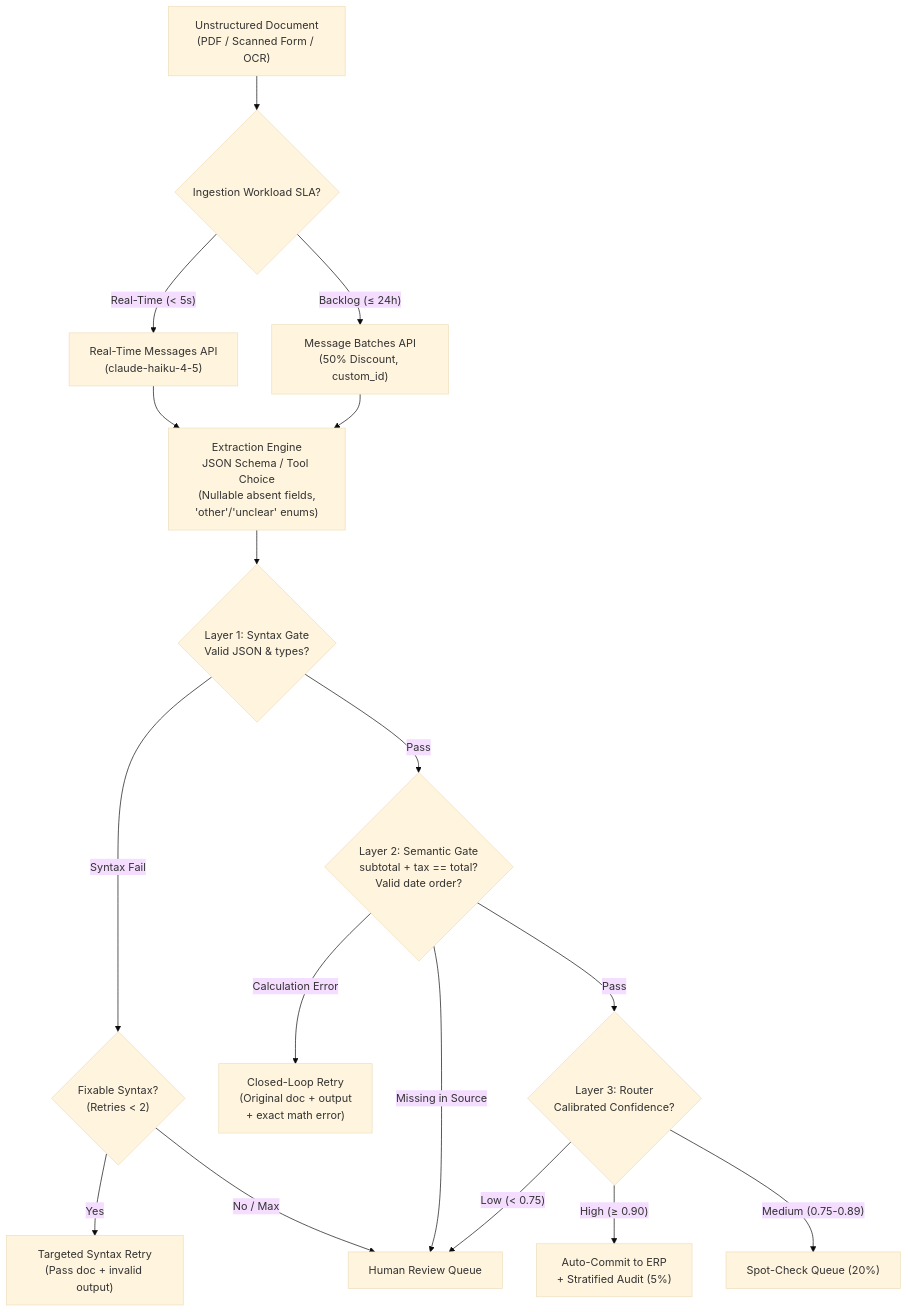
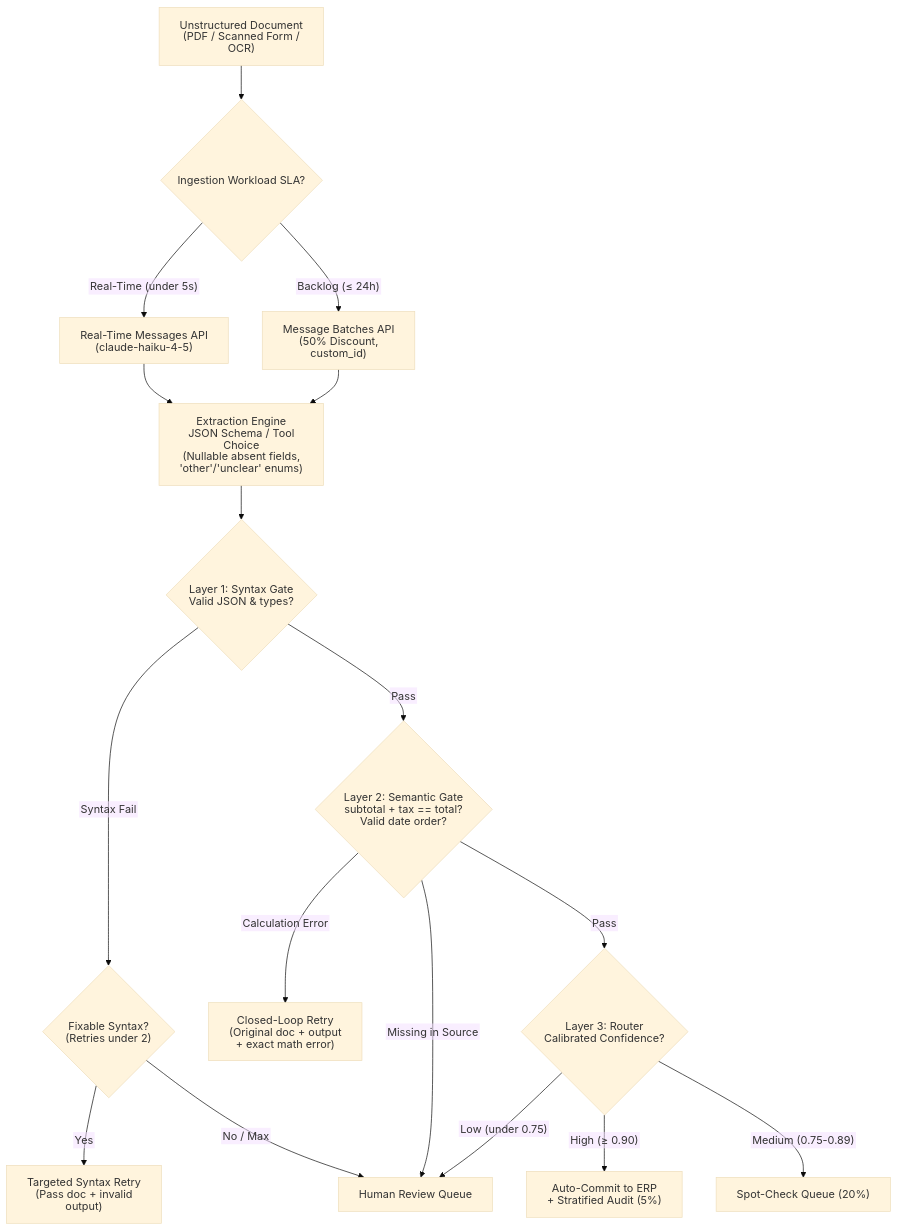
The first of 2 diagrams in scenarios/scenario_6_structured_data_extraction/SCENARIO_GUIDE.md (dip4k/claude_cert_architect_foundation_prep), drawn with Mermaid (base theme) before and after one commit. The commit also changed other lines of this file and 88 other files, not shown here.

First line of the commit message:
fix(mermaid): standardize GitHub Mermaid rendering across repo

````diff
--- a/scenarios/scenario_6_structured_data_extraction/SCENARIO_GUIDE.md
+++ b/scenarios/scenario_6_structured_data_extraction/SCENARIO_GUIDE.md
@@ -32,23 +32,27 @@
 ```mermaid
+---
+config:
+  htmlLabels: false
+---
 flowchart TD
     Doc["Unstructured Document<br>(PDF / Scanned Form / OCR)"] --> Router{"Ingestion Workload SLA?"}
 
-    Router -->|"Real-Time (< 5s)"| RT["Real-Time Messages API<br>(claude-haiku-4-5)"]
+    Router -->|"Real-Time (under 5s)"| RT["Real-Time Messages API<br>(claude-haiku-4-5)"]
     Router -->|"Backlog (≤ 24h)"| Batch["Message Batches API<br>(50% Discount, custom_id)"]
 
     RT & Batch --> Engine["Extraction Engine<br>JSON Schema / Tool Choice<br>(Nullable absent fields,<br>'other'/'unclear' enums)"]
 
     Engine --> Gate1{"Layer 1: Syntax Gate<br>Valid JSON & types?"}
-    Gate1 -->|"Syntax Fail"| FixSyntax{"Fixable Syntax?<br>(Retries < 2)"}
+    Gate1 -->|"Syntax Fail"| FixSyntax{"Fixable Syntax?<br>(Retries under 2)"}
     FixSyntax -->|"Yes"| Retry1["Targeted Syntax Retry<br>(Pass doc + invalid output)"]
     FixSyntax -->|"No / Max"| Human["Human Review Queue"]
 
     Gate1 -->|"Pass"| Gate2{"Layer 2: Semantic Gate<br>subtotal + tax == total?<br>Valid date order?"}
     Gate2 -->|"Calculation Error"| Retry2["Closed-Loop Retry<br>(Original doc + output<br>+ exact math error)"]
     Gate2 -->|"Missing in Source"| Human
 
     Gate2 -->|"Pass"| Conf{"Layer 3: Router<br>Calibrated Confidence?"}
     Conf -->|"High (≥ 0.90)"| Auto["Auto-Commit to ERP<br>+ Stratified Audit (5%)"]
     Conf -->|"Medium (0.75-0.89)"| Spot["Spot-Check Queue (20%)"]
-    Conf -->|"Low (< 0.75)"| Human
+    Conf -->|"Low (under 0.75)"| Human
 ```
````
